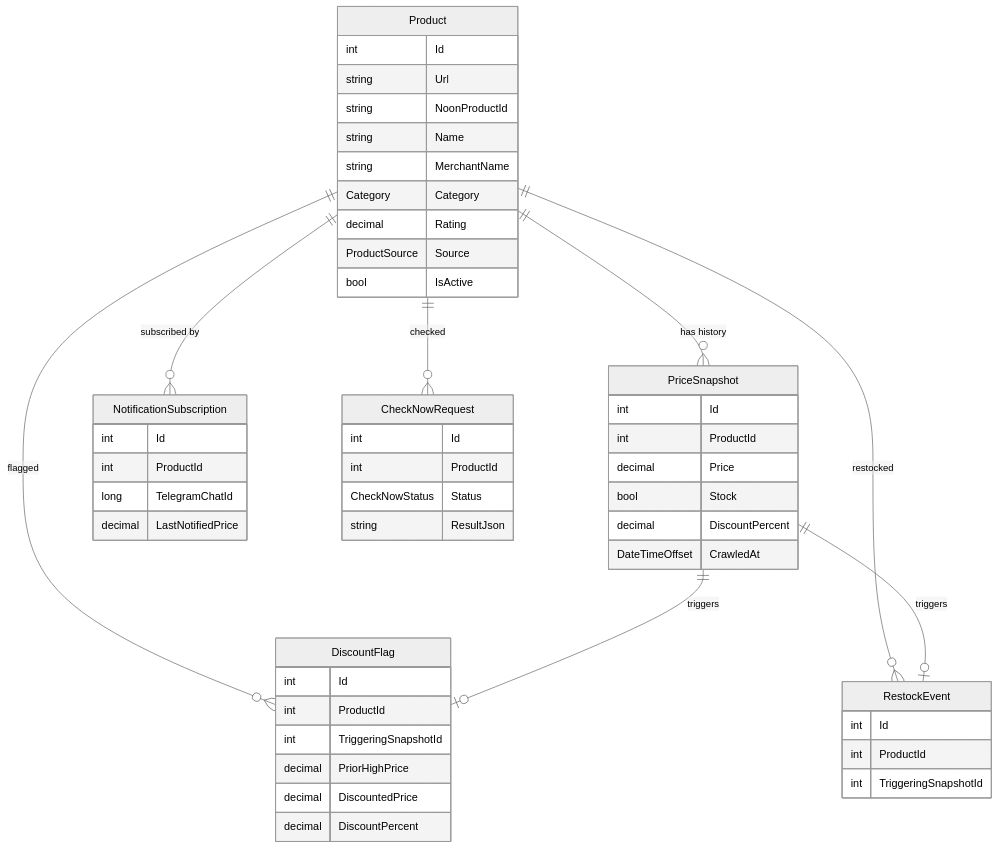
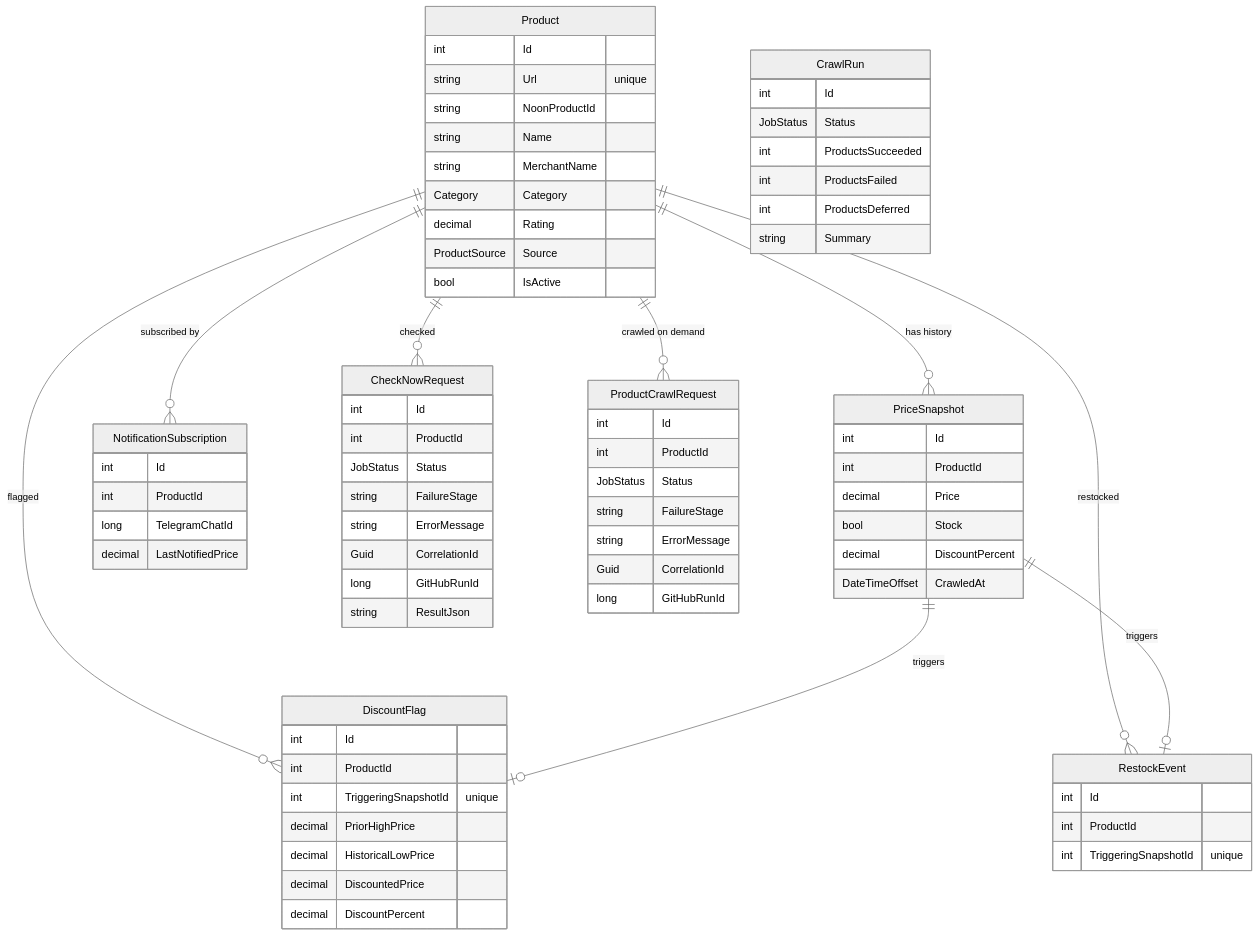
The second of 2 diagrams in README.md (alieldeenahmed/Noon-Scraper), drawn with Mermaid (neutral theme) before and after one commit. The commit also changed other lines of this file and 126 other files, not shown here.

First line of the commit message:
Harden the crawl pipeline: job lifecycle, concurrency, validation, tests

````diff
--- a/README.md
+++ b/README.md
@@ -120,55 +133,78 @@
 ```mermaid
 erDiagram
     Product ||--o{ PriceSnapshot : "has history"
     Product ||--o{ NotificationSubscription : "subscribed by"
     Product ||--o{ DiscountFlag : "flagged"
     Product ||--o{ RestockEvent : "restocked"
     Product ||--o{ CheckNowRequest : "checked"
+    Product ||--o{ ProductCrawlRequest : "crawled on demand"
     PriceSnapshot ||--o| DiscountFlag : "triggers"
     PriceSnapshot ||--o| RestockEvent : "triggers"
 
     Product {
         int Id
-        string Url
+        string Url "unique"
         string NoonProductId
         string Name
         string MerchantName
         Category Category
         decimal Rating
         ProductSource Source
         bool IsActive
     }
     PriceSnapshot {
         int Id
         int ProductId
         decimal Price
         bool Stock
         decimal DiscountPercent
         DateTimeOffset CrawledAt
     }
     DiscountFlag {
         int Id
         int ProductId
-        int TriggeringSnapshotId
+        int TriggeringSnapshotId "unique"
         decimal PriorHighPrice
+        decimal HistoricalLowPrice
         decimal DiscountedPrice
         decimal DiscountPercent
     }
     RestockEvent {
         int Id
         int ProductId
-        int TriggeringSnapshotId
+        int TriggeringSnapshotId "unique"
     }
     NotificationSubscription {
         int Id
         int ProductId
         long TelegramChatId
         decimal LastNotifiedPrice
     }
     CheckNowRequest {
         int Id
         int ProductId
-        CheckNowStatus Status
+        JobStatus Status
+        string FailureStage
+        string ErrorMessage
+        Guid CorrelationId
+        long GitHubRunId
         string ResultJson
     }
+    ProductCrawlRequest {
+        int Id
+        int ProductId
+        JobStatus Status
+        string FailureStage
+        string ErrorMessage
+        Guid CorrelationId
+        long GitHubRunId
+    }
+    CrawlRun {
+        int Id
+        JobStatus Status
+        int ProductsSucceeded
+        int ProductsFailed
+        int ProductsDeferred
+        string Summary
+    }
 ```
````
